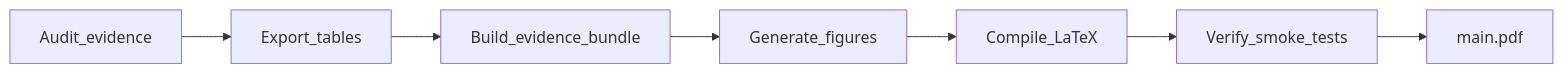
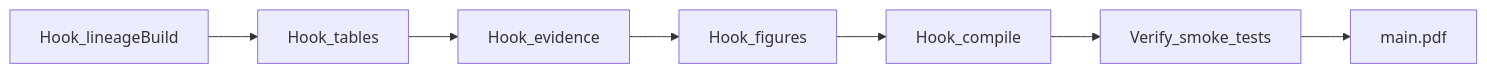
Before and after one commit to emilio-garcia-ie/from-thesis-to-paper: the diagram in docs/PAPER_PRODUCTION_PIPELINE.md, drawn with Mermaid. The commit also changed other lines of this file and 41 other files, not shown here.

````diff
--- a/docs/PAPER_PRODUCTION_PIPELINE.md
+++ b/docs/PAPER_PRODUCTION_PIPELINE.md
@@ -11,9 +11,9 @@
 ```mermaid
 flowchart LR
-  A[Audit_evidence] --> B[Export_tables]
-  B --> C[Build_evidence_bundle]
-  C --> D[Generate_figures]
-  D --> E[Compile_LaTeX]
+  A[Hook_lineageBuild] --> B[Hook_tables]
+  B --> C[Hook_evidence]
+  C --> D[Hook_figures]
+  D --> E[Hook_compile]
   E --> F[Verify_smoke_tests]
   F --> G[main.pdf]
 ```
````
